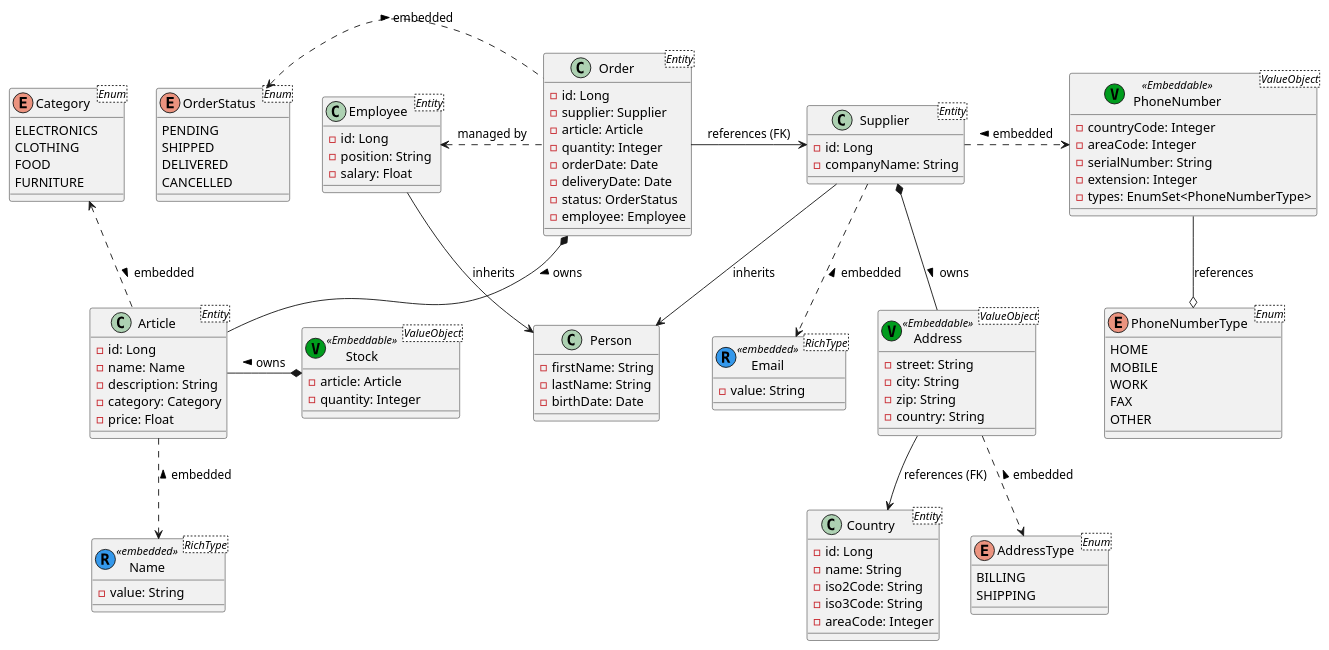
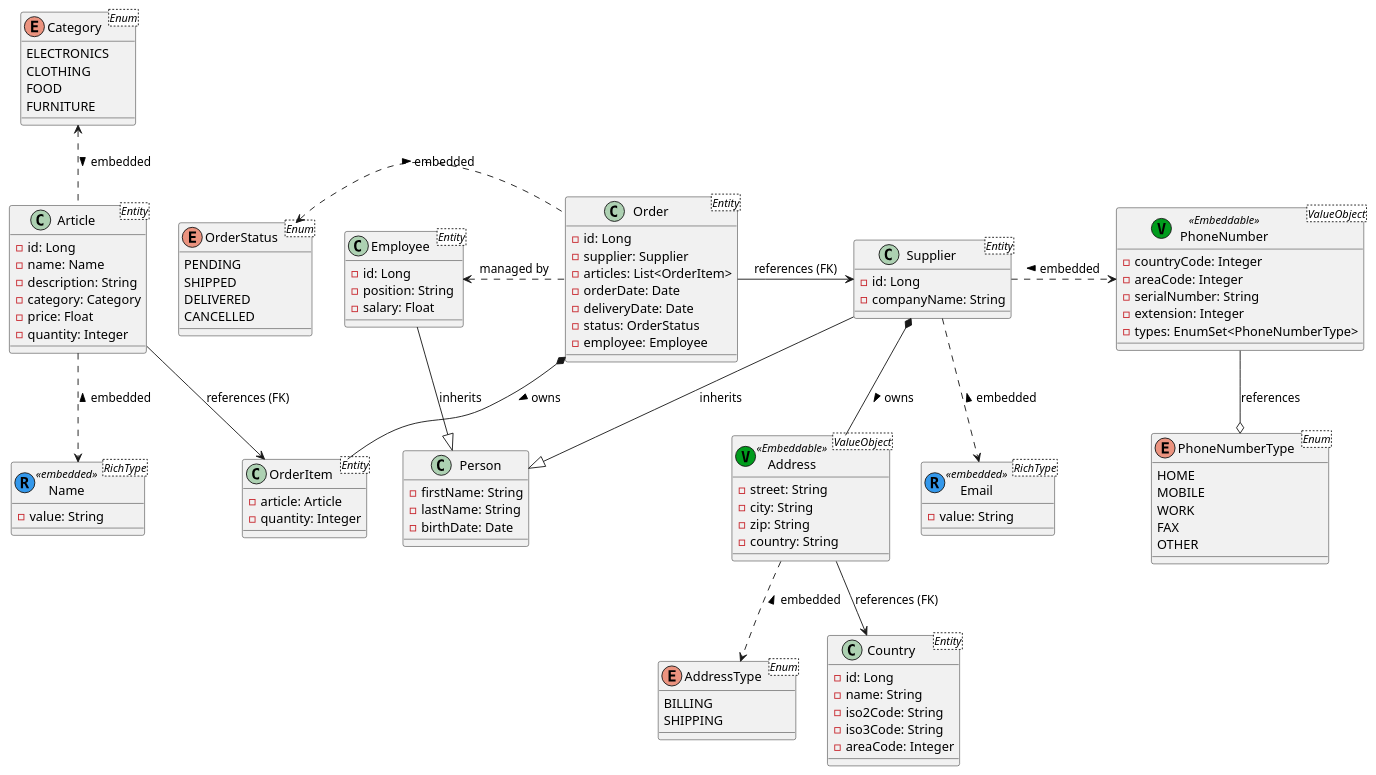
The diagram in src/main/puml/domain-model.puml (vincentkalwoda/InventoryHub), drawn with PlantUML before and after one commit. The commit also changed 8 other files, not shown here.

```diff
--- a/src/main/puml/domain-model.puml
+++ b/src/main/puml/domain-model.puml
@@ -1,120 +1,120 @@
 @startuml
 'hide methods
 
 class Article <Entity> {
     - id: Long
     - name: Name
     - description: String
     - category: Category
     - price: Float
-}
-
-class Stock <ValueObject> <<(V, #009c1d) Embeddable >> {
-    - article: Article
     - quantity: Integer
 }
 
 class Supplier <Entity> {
     - id: Long
     - companyName: String
-
 }
 
 class Employee <Entity> {
     - id: Long
     - position: String
     - salary: Float
 }
 
 class Person {
     - firstName: String
     - lastName: String
     - birthDate: Date
 }
 
 class Email <RichType> <<(R, #3498eb) embedded >> {
     - value: String
 }
 
 class PhoneNumber <ValueObject> <<(V, #009c1d) Embeddable >> {
     - countryCode: Integer
     - areaCode: Integer
     - serialNumber: String
     - extension: Integer
     - types: EnumSet<PhoneNumberType>
 }
 
 enum PhoneNumberType <Enum> {
     HOME
     MOBILE
     WORK
     FAX
     OTHER
 }
 
 class Address <ValueObject> <<(V, #009c1d) Embeddable >> {
     - street: String
     - city: String
     - zip: String
     - country: String
 }
 
 enum AddressType <Enum> {
     BILLING
     SHIPPING
 }
 
 class Country <Entity> {
     - id: Long
     - name: String
     - iso2Code: String
     - iso3Code: String
     - areaCode: Integer
 }
 
 class Order <Entity> {
     - id: Long
     - supplier: Supplier
-    - article: Article
-    - quantity: Integer
+    - articles: List<OrderItem>
     - orderDate: Date
     - deliveryDate: Date
     - status: OrderStatus
     - employee: Employee
+
+}
+
+class OrderItem <Entity> {
+    - article: Article
+    - quantity: Integer
 }
 
 enum OrderStatus <Enum> {
     PENDING
     SHIPPED
     DELIVERED
     CANCELLED
 }
 
 class Name <RichType> <<(R, #3498eb) embedded >> {
     - value: String
 }
 
 enum Category <Enum> {
     ELECTRONICS
     CLOTHING
     FOOD
     FURNITURE
 }
 
-Employee --> Person : inherits
-Supplier --> Person : inherits
+Employee --|> Person : inherits
+Supplier --|> Person : inherits
 Article .up.> Category : < embedded
 Article .down.> Name : < embedded
-Stock *-left- Article : > owns
 Order -right-> Supplier : references (FK)
-Order *-- Article : > owns
+Order *-- OrderItem : > owns
 Order .left.> OrderStatus : < embedded
 Supplier .down.> Email : < embedded
 Supplier .right.> PhoneNumber : < embedded
 PhoneNumber -down-o PhoneNumberType : references
 Supplier *-down- Address : > owns
 Address -down-> Country : references (FK)
 Address .down.> AddressType : < embedded
 Order .left.> Employee : "managed by"
+Article -down-> OrderItem : references (FK)
 
 @enduml
```
